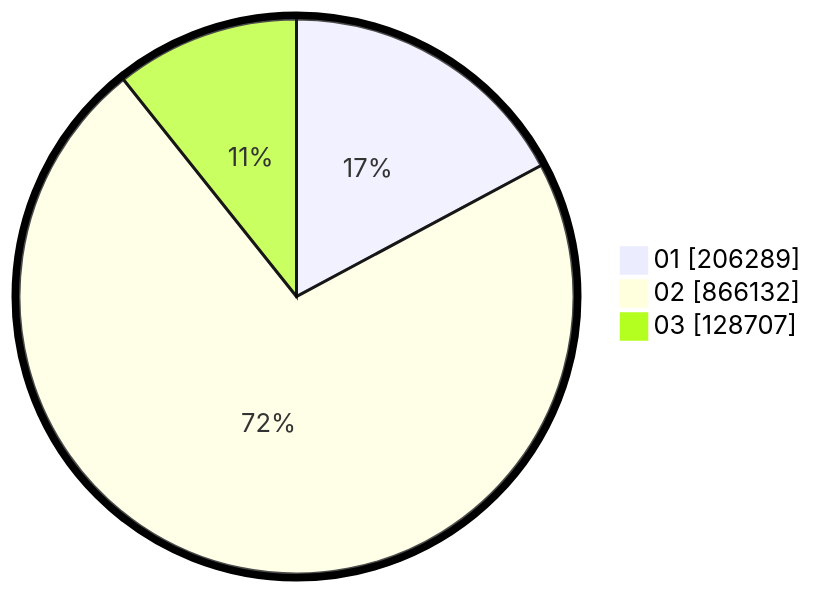
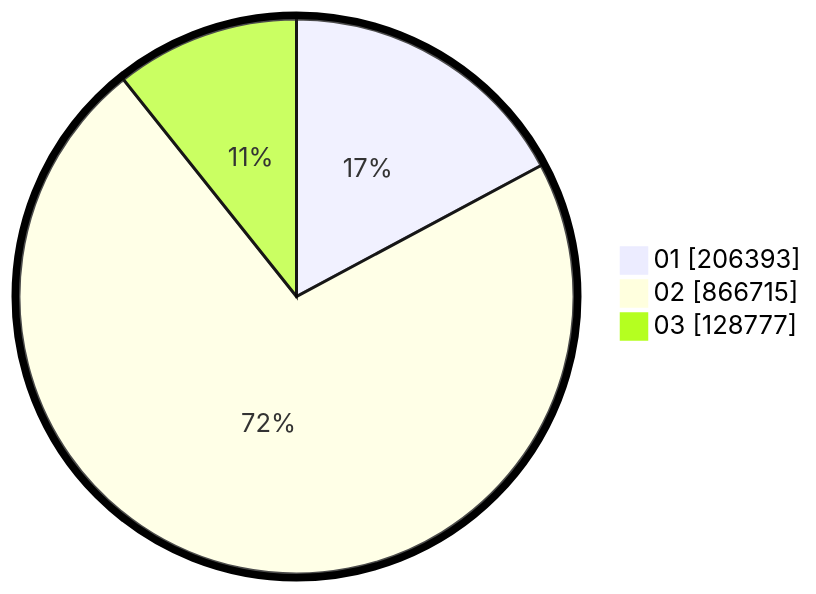
One commit to gigit-pemilu/pemilu-2024 changed the second of 2 diagrams in pilpres/hitung-suara/sub/table-wilayah-62.md. Above: the diagram before and after it, drawn with Mermaid. The commit also changed other lines of this file and 9 other files, not shown here.

````diff
--- a/pilpres/hitung-suara/sub/table-wilayah-62.md
+++ b/pilpres/hitung-suara/sub/table-wilayah-62.md
@@ -15,7 +15,7 @@
 ```mermaid
 %%{init: {"pie": {"textPosition": 0.5}, "themeVariables": {"pieOuterStrokeWidth": "5px"}} }%%
 pie showData
-    "01" : 206289
-    "02" : 866132
-    "03" : 128707
+    "01" : 206393
+    "02" : 866715
+    "03" : 128777
 ```
````
